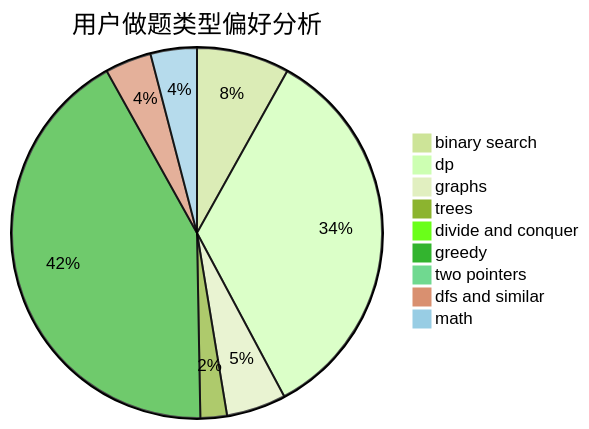
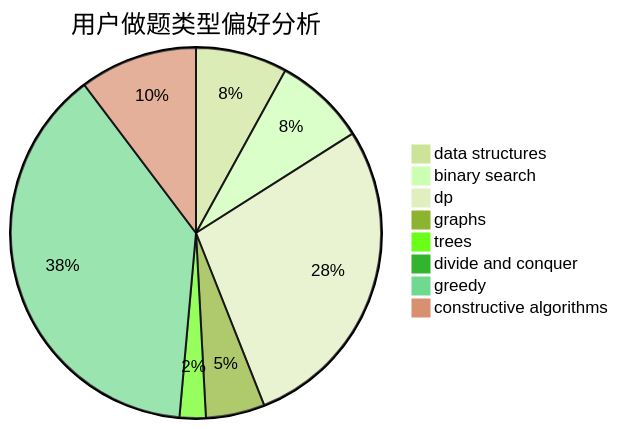
The second of 3 diagrams in docs/user/u1451.md (sherpahu/cfrs.github.io), drawn with Mermaid (forest theme) before and after one commit. The commit also changed other lines of this file and 2775 other files, not shown here.

````diff
--- a/docs/user/u1451.md
+++ b/docs/user/u1451.md
@@ -23,12 +23,11 @@
 ```mermaid
 pie title 用户做题类型偏好分析
+    "data structures" :  14
     "binary search" :  14
-    "dp" :  59
+    "dp" :  49
     "graphs" :  9
     "trees" :  4
     "divide and conquer" :  0
-    "greedy" :  73
-    "two pointers" :  0
-    "dfs and similar" :  7
-    "math" :  7
+    "greedy" :  67
+    "constructive algorithms" :  18
 ```
````
